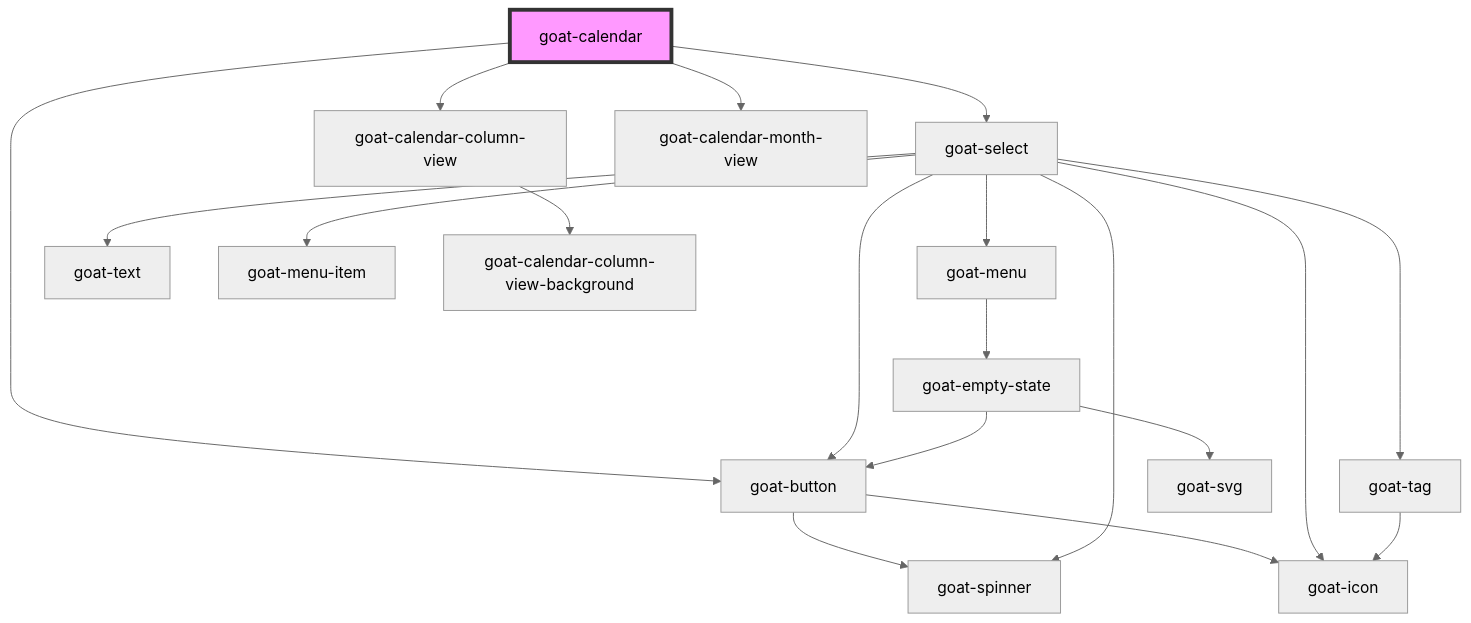
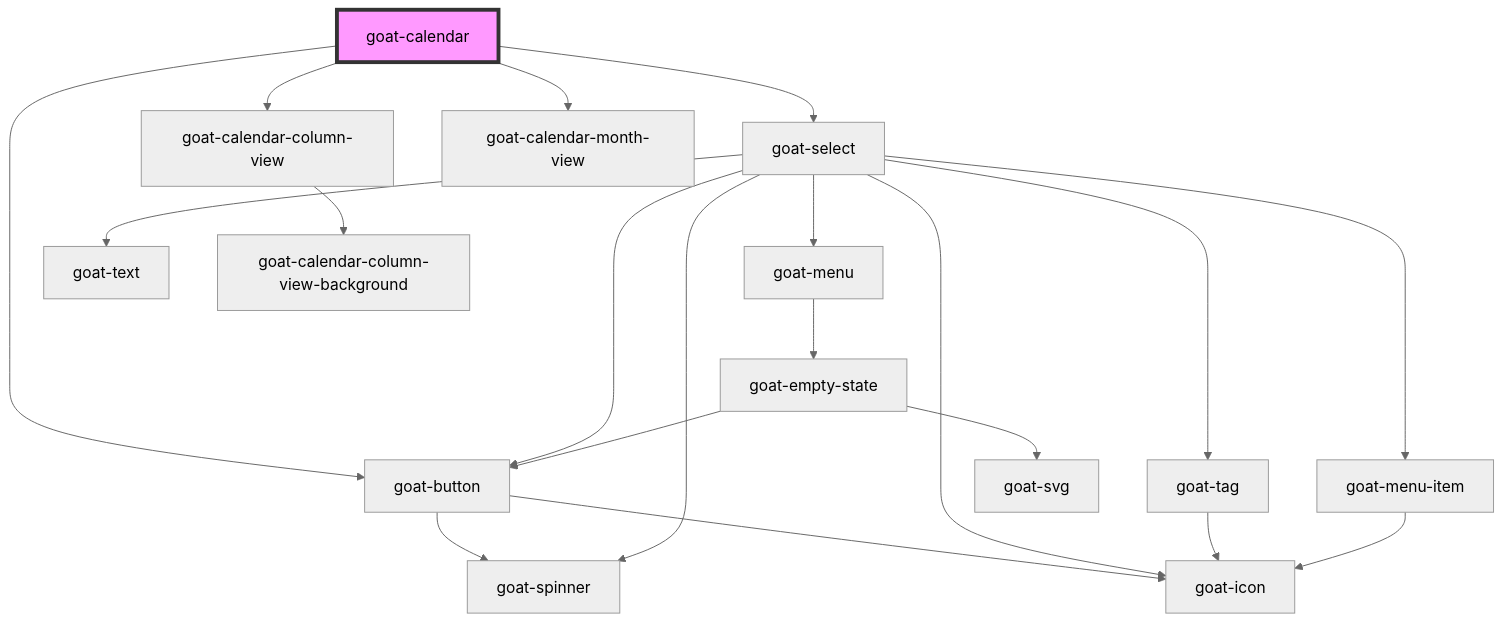
Before and after one commit to goatui/components: the diagram in src/components/application/calendar/calendar/readme.md, drawn with Mermaid (neutral theme). The commit also changed 22 other files, not shown here.

````diff
--- a/src/components/application/calendar/calendar/readme.md
+++ b/src/components/application/calendar/calendar/readme.md
@@ -38,22 +38,23 @@
 ```mermaid
 graph TD;
   goat-calendar --> goat-button
   goat-calendar --> goat-select
   goat-calendar --> goat-calendar-column-view
   goat-calendar --> goat-calendar-month-view
   goat-button --> goat-spinner
   goat-button --> goat-icon
   goat-select --> goat-icon
   goat-select --> goat-tag
   goat-select --> goat-button
   goat-select --> goat-spinner
   goat-select --> goat-menu
   goat-select --> goat-text
   goat-select --> goat-menu-item
   goat-tag --> goat-icon
   goat-menu --> goat-empty-state
   goat-empty-state --> goat-svg
   goat-empty-state --> goat-button
+  goat-menu-item --> goat-icon
   goat-calendar-column-view --> goat-calendar-column-view-background
   style goat-calendar fill:#f9f,stroke:#333,stroke-width:4px
 ```
````
